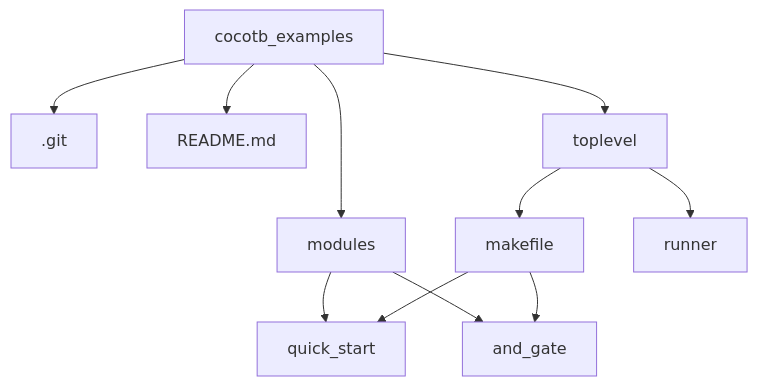
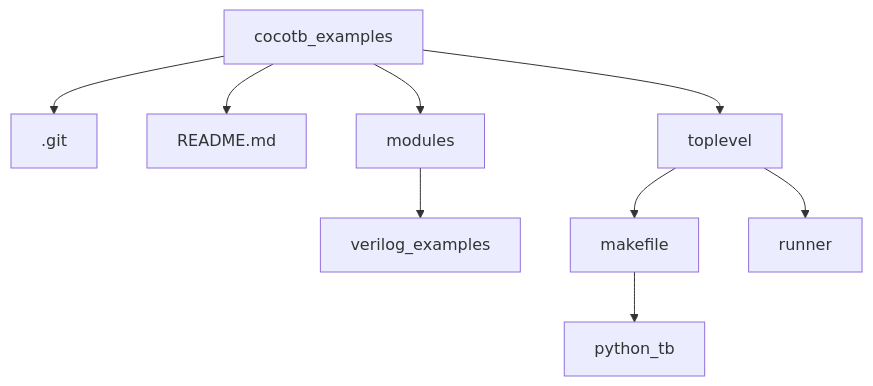
The third of 3 diagrams in README.md (micherciu/cocotb_examples), drawn with Mermaid before and after one commit. The commit also changed other lines of this file, not shown here.

````diff
--- a/README.md
+++ b/README.md
@@ -43,13 +62,11 @@
 ```mermaid 
 graph TD;
     cocotb_examples-->.git;
     cocotb_examples-->README.md;
     cocotb_examples-->modules;
-    modules-->quick_start;
-    modules-->and_gate;
+    modules-->verilog_examples;
     cocotb_examples-->toplevel;
     toplevel-->makefile;
-    makefile-->quick_start
-    makefile-->and_gate;
+    makefile-->python_tb;
     toplevel-->runner;
 ```
````
